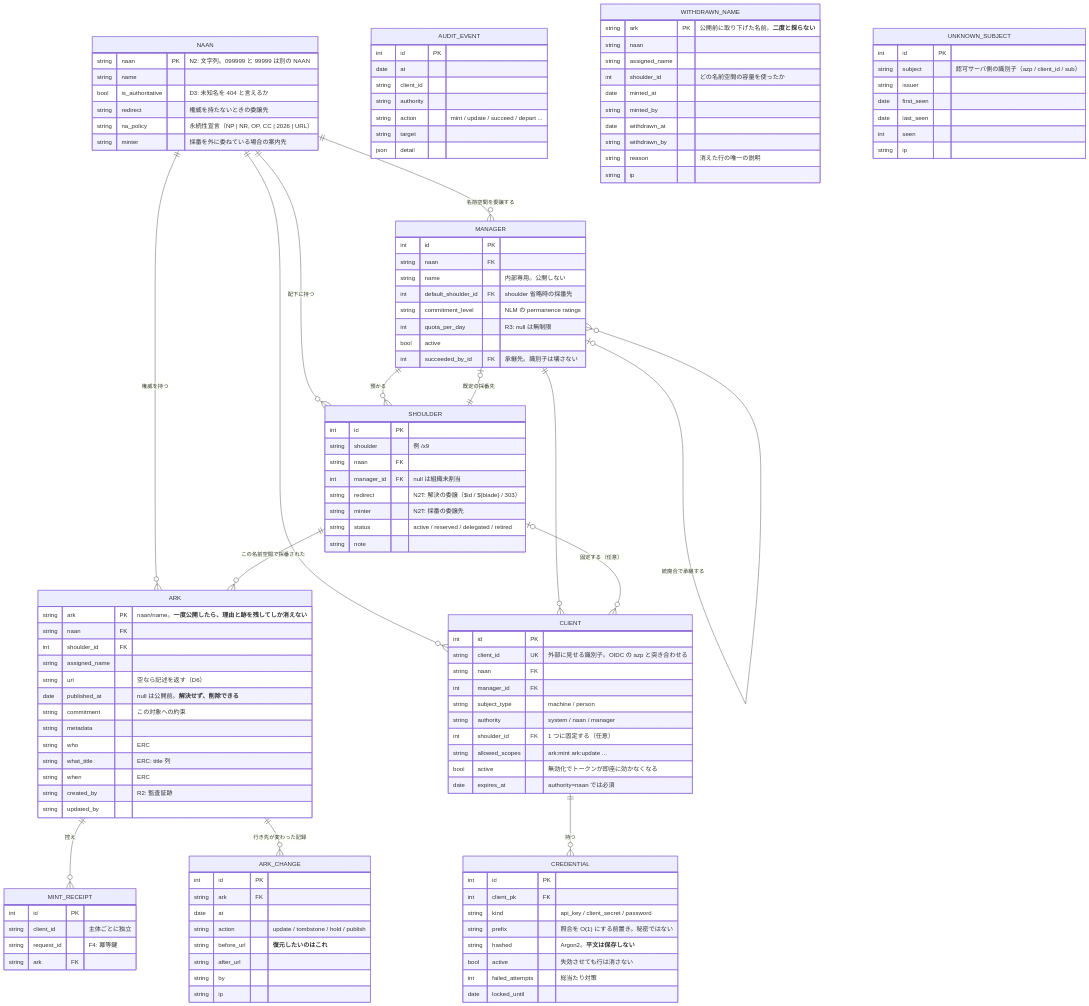
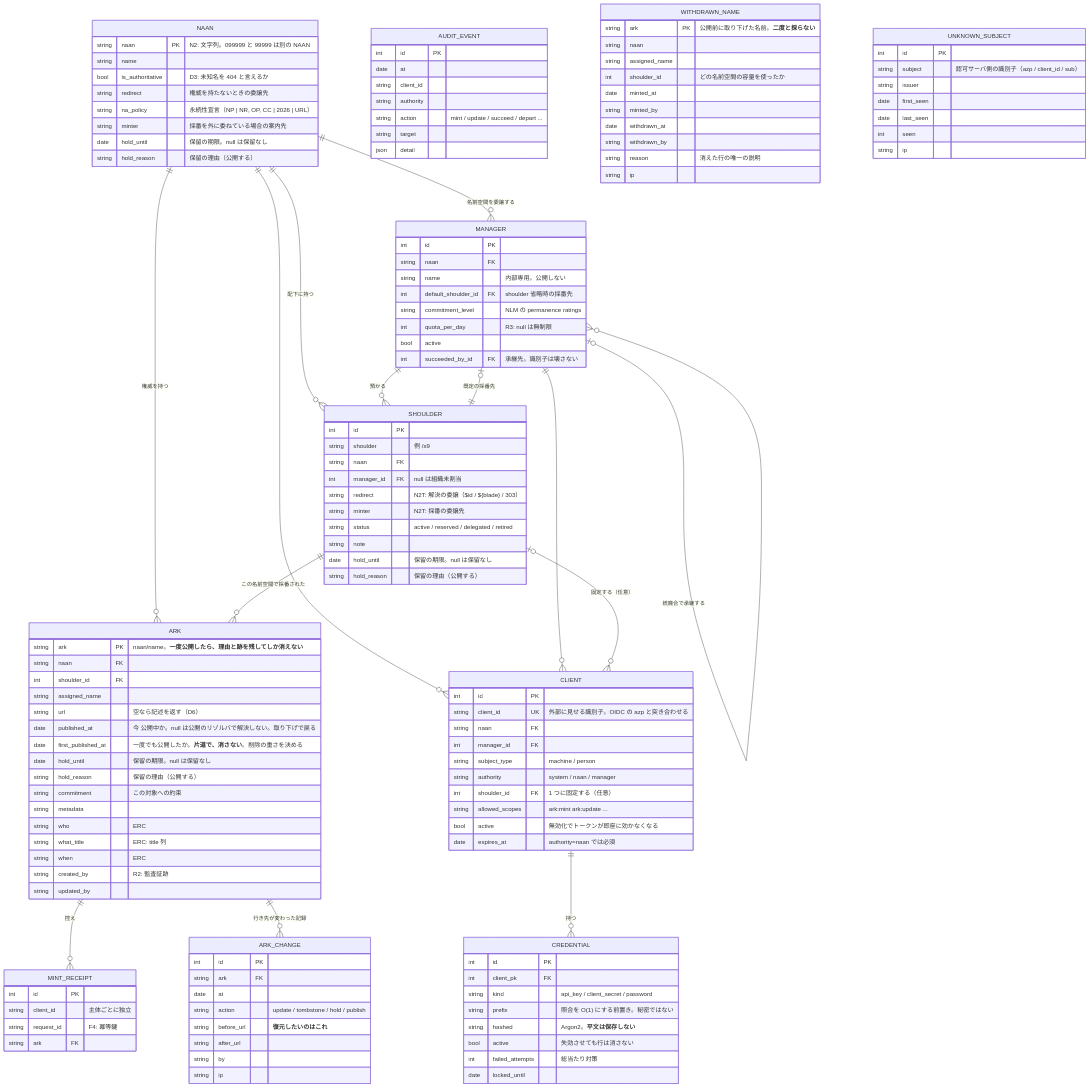
Before and after one commit to RCOSDP/arkhe: the diagram in docs/reference/data-model.ja.md, drawn with Mermaid. The commit also changed other lines of this file and 2 other files, not shown here.

Commit message:
docs: purge の範囲と、データモデル図の公開・保留の列を実装に揃える
STATUS の「公開前の削除」の節は、上の項目で「purge の『RA だけ』をやめた
(0.4.0)」と書きながら、最後の項目に 0.3.0 の「RA の運用者だけ (`ark:purge`
かつ `authority=system`)」を残していた。実装 (`domain/admin_ops.py` の
`purge_ark`) は 0.4.0 から届く範囲の内側で、docstring もそう書いている。

データモデル図は 0.4.0 で入った `first_published_at` と、0.0.9 で入った
保留の列 (`hold_until` / `hold_reason`) を描いていなかった。さらに
`published_at` の注記と制約の表が「null なら削除できる」のままで、公開を
取り下げただけの ARK も軽く消せるように読めた。軽く消せるのは
`first_published_at` が null のものだけである (`before_delete` が見るのも
そちら)。

どちらも 0.4.0 の破壊的変更が、手で書いた文書の一部に届いていなかった例。
arkhe_spec の設計文書を書き起こす途中で、本文を通して読んで見つけた。

```diff
--- a/docs/reference/data-model.ja.md
+++ b/docs/reference/data-model.ja.md
@@ -30,6 +30,8 @@
         string redirect "権威を持たないときの委譲先"
         string na_policy "永続性宣言（NP | NR, OP, CC | 2026 | URL）"
         string minter "採番を外に委ねている場合の案内先"
+        date   hold_until "保留の期限。null は保留なし"
+        string hold_reason "保留の理由（公開する）"
     }
 
     MANAGER {
@@ -52,6 +54,8 @@
         string minter "N2T: 採番の委譲先"
         string status "active / reserved / delegated / retired"
         string note
+        date   hold_until "保留の期限。null は保留なし"
+        string hold_reason "保留の理由（公開する）"
     }
 
     ARK {
@@ -60,7 +64,10 @@
         int    shoulder_id FK
         string assigned_name
         string url "空なら記述を返す（D6）"
-        date   published_at "null は公開前。**解決せず、削除できる**"
+        date   published_at "今 公開中か。null は公開のリゾルバで解決しない。取り下げで戻る"
+        date   first_published_at "一度でも公開したか。**片道で、消さない**。削除の重さを決める"
+        date   hold_until "保留の期限。null は保留なし"
+        string hold_reason "保留の理由（公開する）"
         string commitment "この対象への約束"
         string metadata
         string who "ERC"
```
